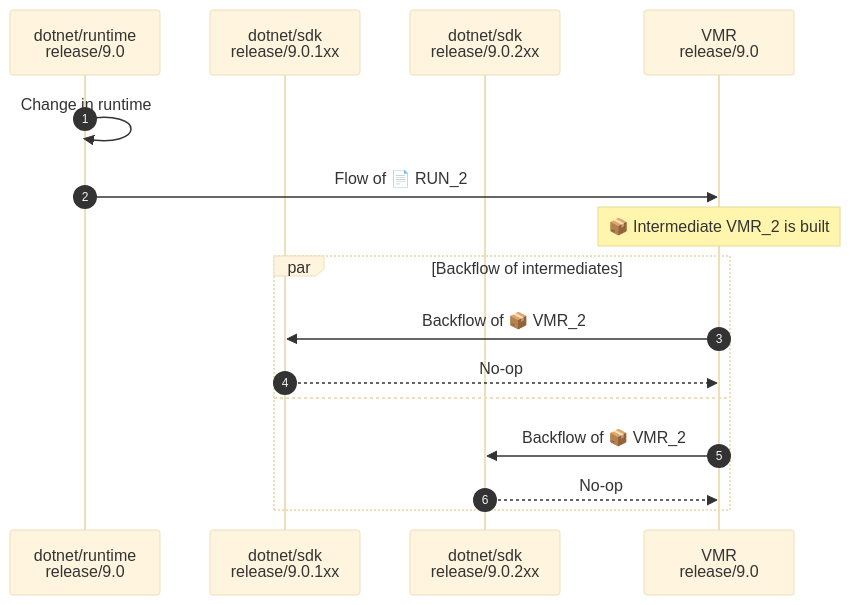
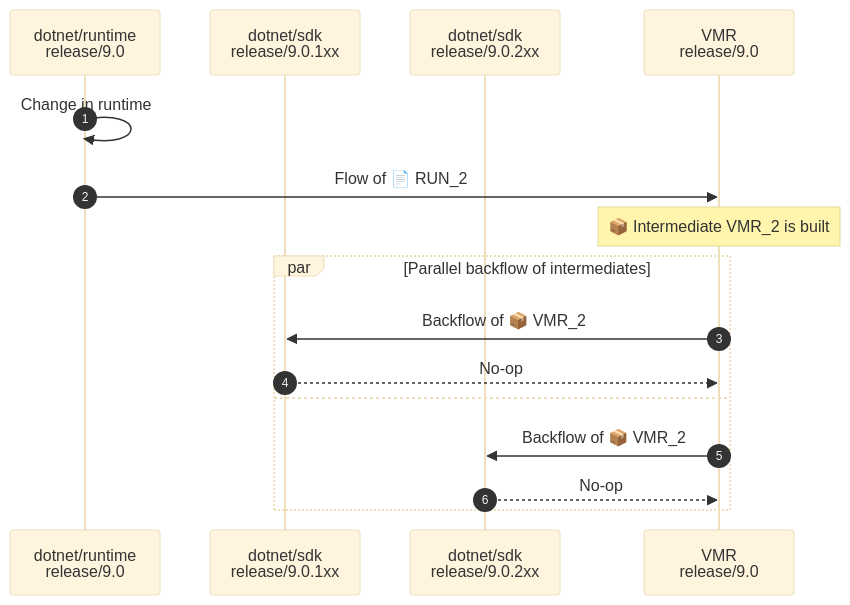
One commit to dotnet/arcade changed the first of 2 diagrams in Documentation/UnifiedBuild/VMR-Managing-SDK-Bands-Side-by-Side-folders.md. Above: the diagram before and after it, drawn with Mermaid (base theme). The commit also changed other lines of this file and 2 other files, not shown here.

Commit message:
Add comments for code flow diagrams

````diff
--- a/Documentation/UnifiedBuild/VMR-Managing-SDK-Bands-Side-by-Side-folders.md
+++ b/Documentation/UnifiedBuild/VMR-Managing-SDK-Bands-Side-by-Side-folders.md
@@ -50,21 +50,21 @@
 ```mermaid
 sequenceDiagram
     autonumber
 
     participant runtime as dotnet/runtime<br />release/9.0
     participant SDK_1xx as dotnet/sdk<br />release/9.0.1xx
     participant SDK_2xx as dotnet/sdk<br />release/9.0.2xx
     participant VMR as VMR<br />release/9.0
 
     runtime->>runtime: Change in runtime
     runtime->>VMR: Flow of 📄 RUN_2
     Note over VMR: 📦 Intermediate VMR_2 is built
 
-    par Backflow of intermediates
+    par Parallel backflow of intermediates
         VMR->>SDK_1xx: Backflow of 📦 VMR_2
         SDK_1xx-->>VMR: No-op
     and
         VMR->>SDK_2xx: Backflow of 📦 VMR_2
         SDK_2xx-->>VMR: No-op
     end
 ```
````
